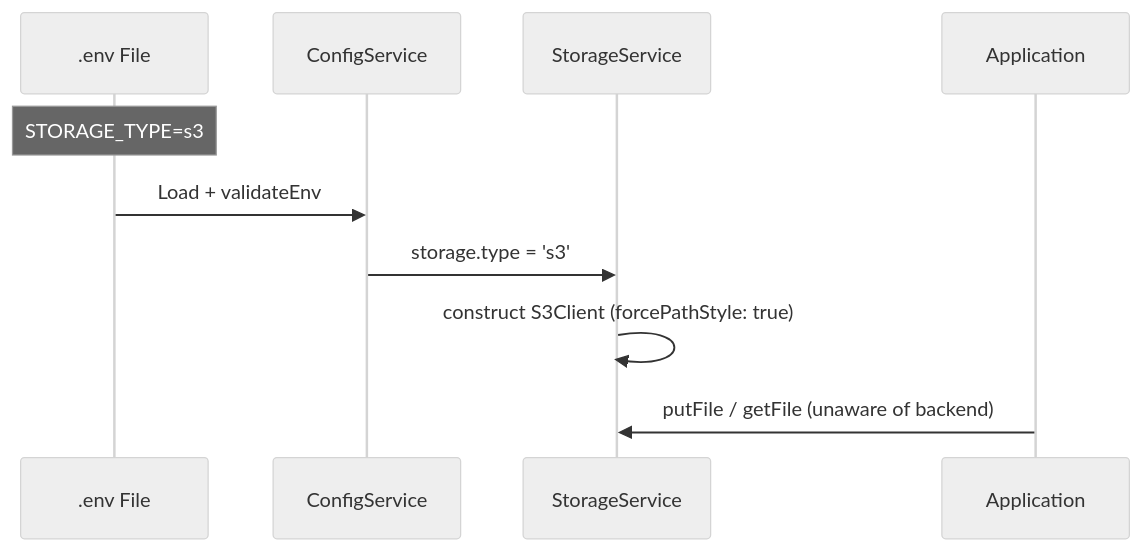
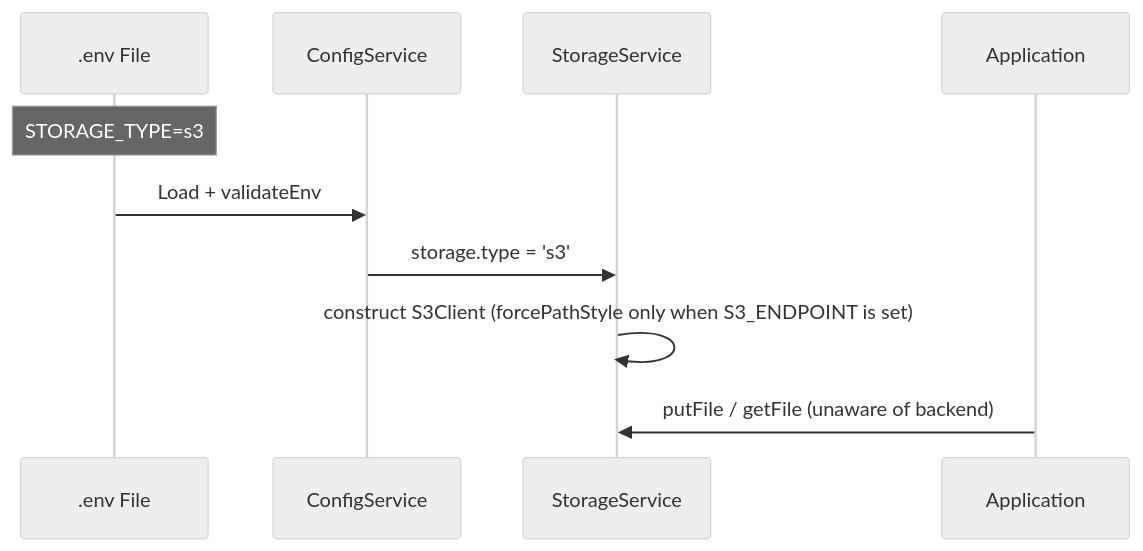
Before and after one commit to nourayman21k/OpenWA: the sixth of 24 diagrams in docs/03-system-architecture.md, drawn with Mermaid (neutral theme). The commit also changed other lines of this file and 29 other files, not shown here.

````diff
--- a/docs/03-system-architecture.md
+++ b/docs/03-system-architecture.md
@@ -288,13 +290,13 @@
 ```mermaid
 sequenceDiagram
     participant Env as .env File
     participant Config as ConfigService
     participant Svc as StorageService
     participant App as Application
 
     Note over Env: STORAGE_TYPE=s3
     Env->>Config: Load + validateEnv
     Config->>Svc: storage.type = 's3'
-    Svc->>Svc: construct S3Client (forcePathStyle: true)
+    Svc->>Svc: construct S3Client (forcePathStyle only when S3_ENDPOINT is set)
     App->>Svc: putFile / getFile (unaware of backend)
 ```
````
